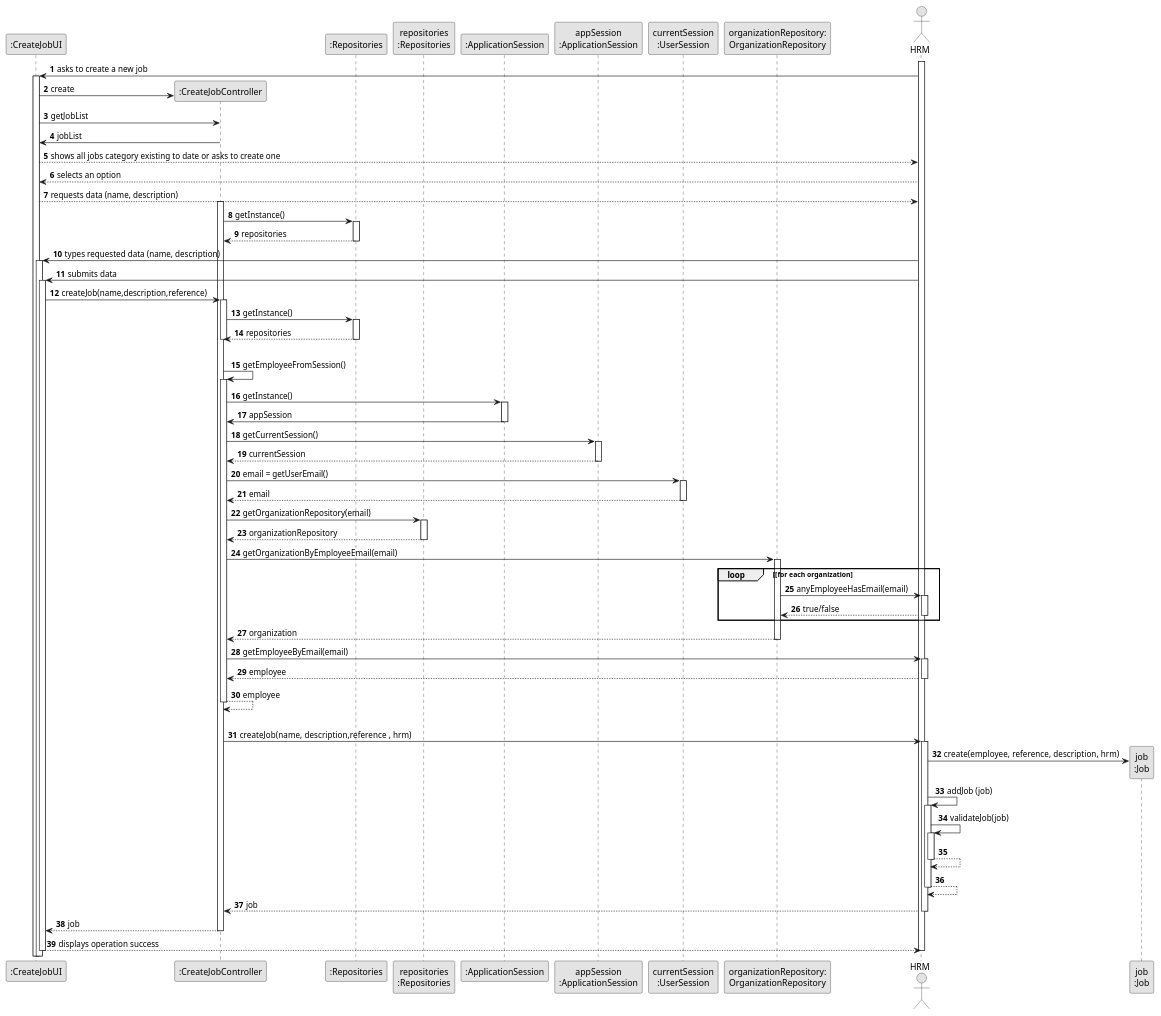
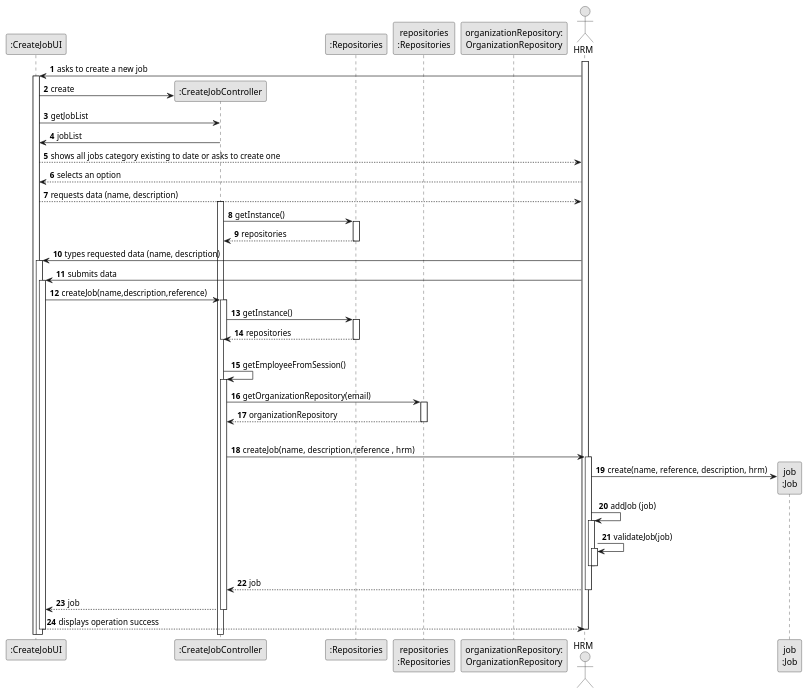
Before and after one commit to daniel41silva05/ISEP_2023_2024_LAPR2: the diagram in docs/sprintA&B/us002/03.design/puml/us002-sequence-diagram-full.puml, drawn with PlantUML. The commit also changed 9 other files, not shown here.

```diff
--- a/docs/sprintA&B/us002/03.design/puml/us002-sequence-diagram-full.puml
+++ b/docs/sprintA&B/us002/03.design/puml/us002-sequence-diagram-full.puml
@@ -1,191 +1,191 @@
 @startuml
 skinparam monochrome true
 skinparam packageStyle rectangle
 skinparam shadowing false
 
 
 autonumber
 
 'hide footbox
 
 actor "HRM" as HRM
 participant ":CreateJobUI" as UI
 participant ":CreateJobController" as CTRL
 participant ":Repositories" as RepositorySingleton
 participant "repositories\n:Repositories" as PLAT
 'participant "jobCategoryRepository:\nJobCategoryRepository" as TaskCategoryRepository
-participant ":ApplicationSession" as _APP
-participant "appSession\n:ApplicationSession" as APP
-participant "currentSession\n:UserSession" as SESSAO
+'participant ":ApplicationSession" as _APP
+'participant "appSession\n:ApplicationSession" as APP
+'participant "currentSession\n:UserSession" as SESSAO
 participant "organizationRepository:\nOrganizationRepository" as OrganizationRepository
 participant "hrm\n:HRM" as HRM
 participant "job\n:Job" as JOB
 
 activate HRM
 
         HRM -> UI : asks to create a new job
 
         activate UI
 
             create CTRL
             UI -> CTRL** : create
 
             UI -> CTRL : getJobList
 
             CTRL -> UI : jobList
 
             UI --> HRM : shows all jobs category existing to date or asks to create one
 
             HRM --> UI : selects an option
 
             UI --> HRM : requests data (name, description)
 
 '            UI -> CTRL : getTaskCategories()
             activate CTRL
 
                 CTRL -> RepositorySingleton : getInstance()
                 activate RepositorySingleton
 
                     RepositorySingleton --> CTRL: repositories
                 deactivate RepositorySingleton
 
 '                CTRL -> PLAT : getTaskCategoryRepository()
 '                activate PLAT
 
 '                    PLAT --> CTRL: taskCategoryRepository
 '                deactivate PLAT
 
 '                CTRL -> TaskCategoryRepository : getTaskCategories()
 '                activate TaskCategoryRepository
 
 '                    TaskCategoryRepository --> CTRL : taskCategoryList
 '                deactivate TaskCategoryRepository
 
 '                CTRL --> UI : taskCategoryList
 '            deactivate CTRL
 
 '            UI --> HRM : shows task category list\n and asks to sleect one
 '        deactivate UI
 
 '    HRM -> UI : selects a task category
 '    activate UI
 
 '        UI --> HRM : requests data
 '    deactivate UI
 
     HRM -> UI : types requested data (name, description)
     activate UI
 
 '        UI --> HRM : shows selected category and requested data
 '    deactivate UI
 
     HRM -> UI : submits data
     activate UI
 
         UI -> CTRL : createJob(name,description,reference)
         activate CTRL
 
 '            CTRL -> CTRL : getJobCategoryByDescription(taskCategoryDescription)
 '            activate CTRL
 
                 CTRL -> RepositorySingleton : getInstance()
                 activate RepositorySingleton
 
                     RepositorySingleton --> CTRL: repositories
                 deactivate RepositorySingleton
 
 '                CTRL -> PLAT : getTaskCategoryRepository()
 '                activate PLAT
 '
 '                    PLAT -> CTRL : taskCategoryRepository
 '                deactivate PLAT
 
 '                CTRL -> TaskCategoryRepository : getTaskCategoryByDescription(taskCategoryDescription)
 '                activate TaskCategoryRepository
 
 '                    TaskCategoryRepository --> CTRL : taskCategory
 '                deactivate TaskCategoryRepository
 '                    CTRL --> CTRL : taskCategory
             deactivate CTRL
 
             |||
             CTRL -> CTRL : getEmployeeFromSession()
             activate CTRL
 
-                CTRL -> _APP: getInstance()
-                activate _APP
-                    _APP -> CTRL: appSession
-                deactivate _APP
+'                CTRL -> _APP: getInstance()
+'                activate _APP
+'                    _APP -> CTRL: appSession
+'                deactivate _APP
 
 
-                CTRL -> APP: getCurrentSession()
-                activate APP
+'                CTRL -> APP: getCurrentSession()
+'                activate APP
 
-                    APP --> CTRL: currentSession
-                deactivate APP
+'                    APP --> CTRL: currentSession
+'                deactivate APP
 
-                CTRL -> SESSAO: email = getUserEmail()
-                activate SESSAO
+'                CTRL -> SESSAO: email = getUserEmail()
+'                activate SESSAO
 
-                    SESSAO --> CTRL: email
-                deactivate SESSAO
+'                    SESSAO --> CTRL: email
+'                deactivate SESSAO
 
 
                 CTRL -> PLAT: getOrganizationRepository(email)
                 activate PLAT
 
                     PLAT --> CTRL: organizationRepository
                 deactivate PLAT
 
 
-                CTRL -> OrganizationRepository: getOrganizationByEmployeeEmail(email)
-                activate OrganizationRepository
+'                CTRL -> OrganizationRepository: getOrganizationByEmployeeEmail(email)
+'                activate OrganizationRepository
 
-                    loop [for each organization
-                        OrganizationRepository -> HRM : anyEmployeeHasEmail(email)
-                        activate HRM
+'                    loop [for each organization
+'                        OrganizationRepository -> HRM : anyEmployeeHasEmail(email)
+'                        activate HRM
+'
+'                             HRM --> OrganizationRepository : true/false
+'                        deactivate HRM
+'                    end
+'                    OrganizationRepository --> CTRL : organization
+'                deactivate OrganizationRepository
 
-                             HRM --> OrganizationRepository : true/false
-                        deactivate HRM
-                    end
-                    OrganizationRepository --> CTRL : organization
-                deactivate OrganizationRepository
-
-                CTRL -> HRM: getEmployeeByEmail(email)
-                activate HRM
-
-                    HRM --> CTRL : employee
-                deactivate HRM
-
-                CTRL --> CTRL : employee
-            deactivate CTRL
+'                CTRL -> HRM: getEmployeeByEmail(email)
+'                activate HRM
+'
+'                    HRM --> CTRL : employee
+'                deactivate HRM
+'
+'                CTRL --> CTRL : employee
+'            deactivate CTRL
 
             |||
             CTRL -> HRM: createJob(name, description,reference ,  hrm)
             activate HRM
 
-                HRM -> JOB**: create(employee, reference, description,  hrm)
+                HRM -> JOB**: create(name, reference, description,  hrm)
                 HRM -> HRM: addJob (job)
 
 
                 activate HRM
                     HRM -> HRM: validateJob(job)
                     activate HRM
-                        HRM --> HRM
+'                        HRM --> HRM
                     deactivate HRM
 
-                    HRM --> HRM
+'                    HRM --> HRM
                 deactivate HRM
 
                 HRM --> CTRL : job
 
             deactivate HRM
 
             CTRL --> UI: job
             deactivate CTRL
             UI --> HRM: displays operation success
     deactivate UI
 
 deactivate HRM
 
 @enduml
```
